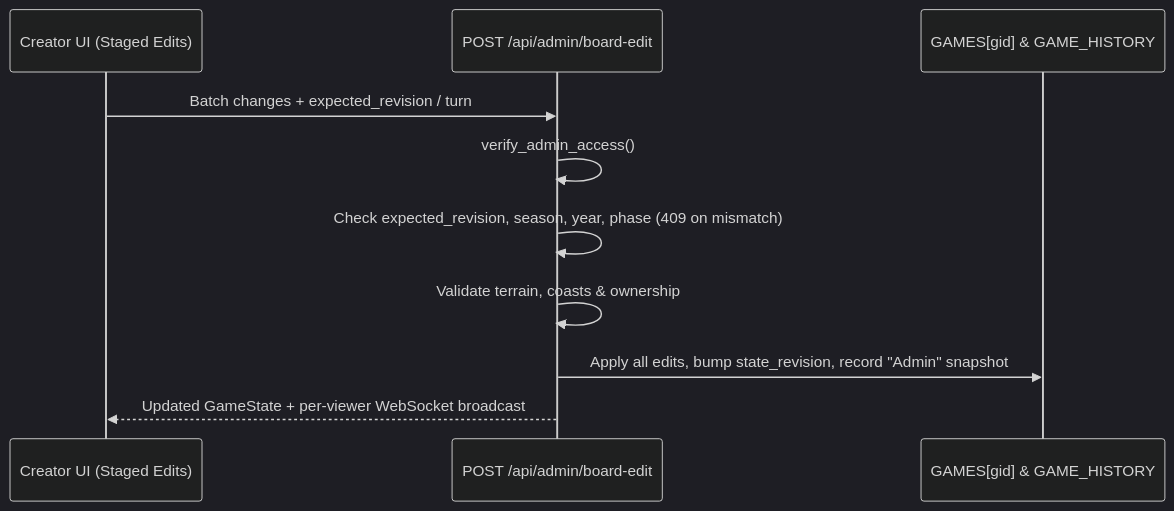
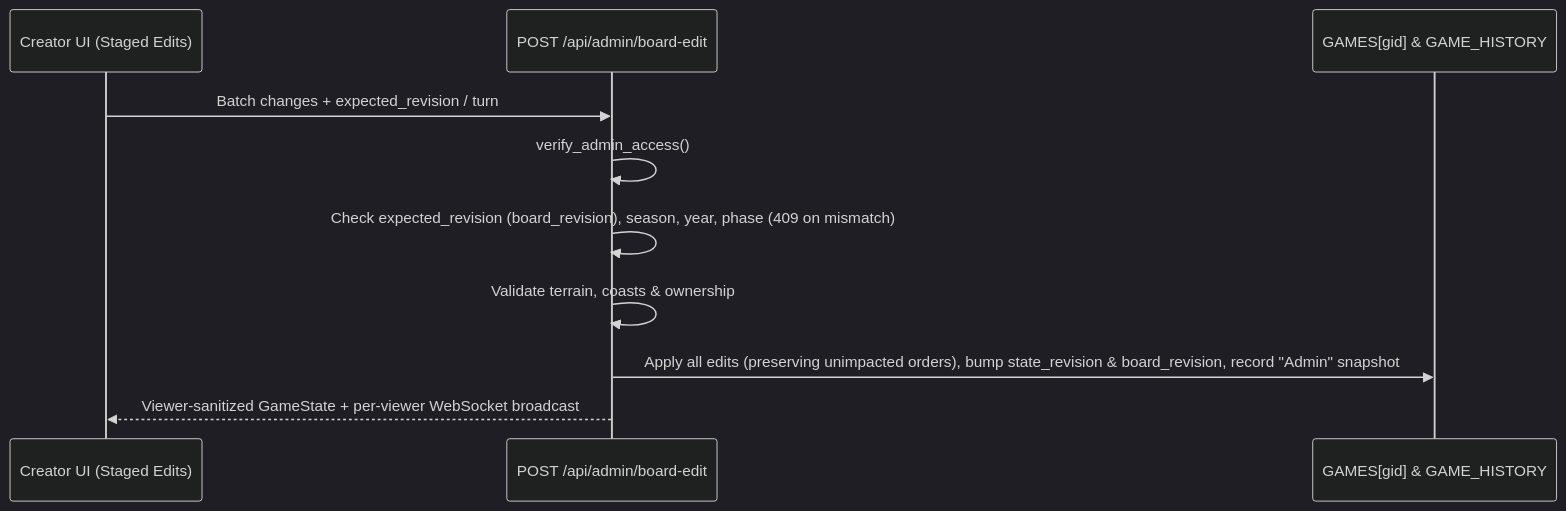
The diagram in docs/features/admin-and-creator-controls.md (mjyousif/sloplomacy), drawn with Mermaid (dark theme) before and after one commit. The commit also changed other lines of this file and 26 other files, not shown here.

````diff
--- a/docs/features/admin-and-creator-controls.md
+++ b/docs/features/admin-and-creator-controls.md
@@ -38,13 +38,13 @@
 ```mermaid
 sequenceDiagram
     participant Host as Creator UI (Staged Edits)
     participant API as POST /api/admin/board-edit
     participant Store as GAMES[gid] & GAME_HISTORY
 
     Host->>API: Batch changes + expected_revision / turn
     API->>API: verify_admin_access()
-    API->>API: Check expected_revision, season, year, phase (409 on mismatch)
+    API->>API: Check expected_revision (board_revision), season, year, phase (409 on mismatch)
     API->>API: Validate terrain, coasts & ownership
-    API->>Store: Apply all edits, bump state_revision, record "Admin" snapshot
-    API-->>Host: Updated GameState + per-viewer WebSocket broadcast
+    API->>Store: Apply all edits (preserving unimpacted orders), bump state_revision & board_revision, record "Admin" snapshot
+    API-->>Host: Viewer-sanitized GameState + per-viewer WebSocket broadcast
 ```
````
